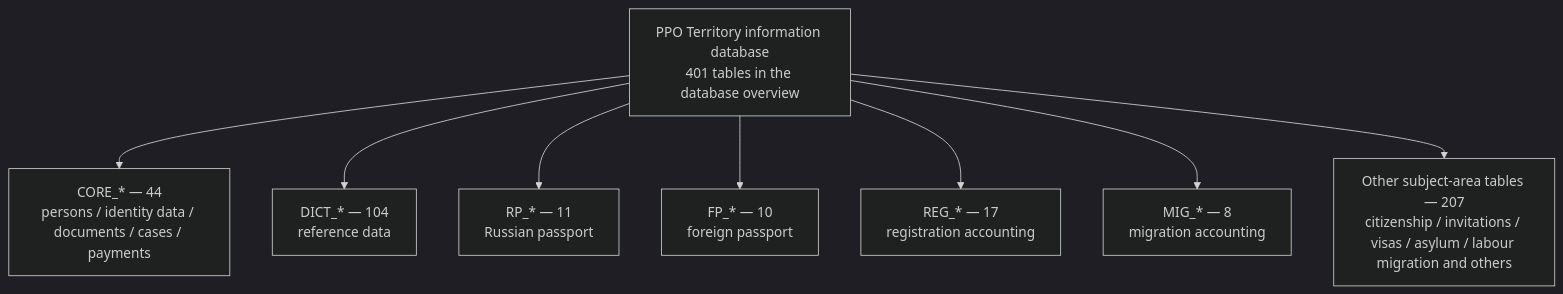
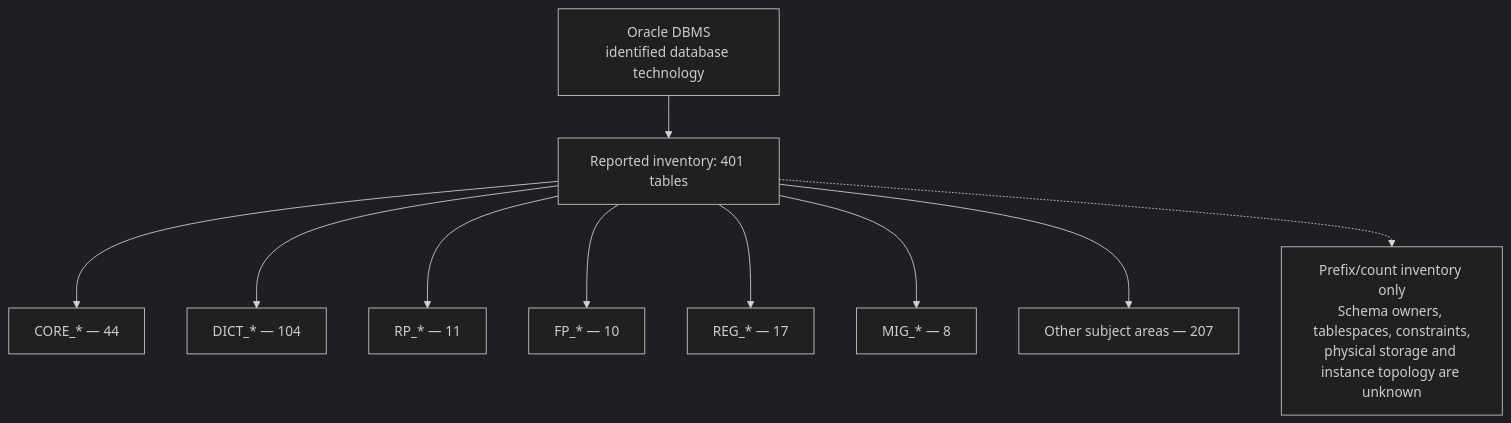
One commit to ekatmoz88-alt/territory-descriptor-unified changed the fourth of 7 diagrams in materials/architecture/component-maps.md. Above: the diagram before and after it, drawn with Mermaid (dark theme). The commit also changed other lines of this file, not shown here.

Commit message:
Document Oracle inventory separately from deployment

````diff
--- a/materials/architecture/component-maps.md
+++ b/materials/architecture/component-maps.md
@@ -121,18 +121,14 @@
 ```mermaid
 flowchart TB
-  ROOT["PPO Territory information database<br/>401 tables in the database overview"]
-  CORE["CORE_* — 44<br/>persons / identity data / documents / cases / payments"]
-  DICT["DICT_* — 104<br/>reference data"]
-  RP["RP_* — 11<br/>Russian passport"]
-  FP["FP_* — 10<br/>foreign passport"]
-  REG["REG_* — 17<br/>registration accounting"]
-  MIG["MIG_* — 8<br/>migration accounting"]
-  OTHER["Other subject-area tables — 207<br/>citizenship / invitations / visas / asylum / labour migration and others"]
-  ROOT --> CORE
-  ROOT --> DICT
-  ROOT --> RP
-  ROOT --> FP
-  ROOT --> REG
-  ROOT --> MIG
-  ROOT --> OTHER
+  DBMS["Oracle DBMS<br/>identified database technology"]
+  DBMS --> INV["Reported inventory: 401 tables"]
+  INV --> CORE["CORE_* — 44"]
+  INV --> DICT["DICT_* — 104"]
+  INV --> RP["RP_* — 11"]
+  INV --> FP["FP_* — 10"]
+  INV --> REG["REG_* — 17"]
+  INV --> MIG["MIG_* — 8"]
+  INV --> OTHER["Other subject areas — 207"]
+  NOTE["Prefix/count inventory only<br/>Schema owners, tablespaces, constraints,<br/>physical storage and instance topology are unknown"]
+  INV -.-> NOTE
 ```
````
